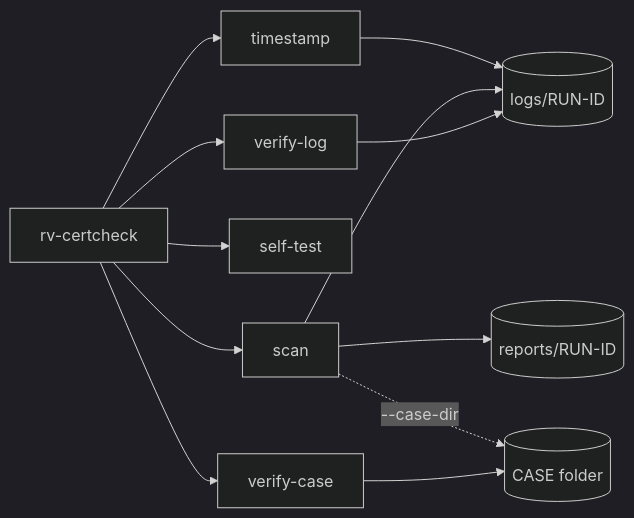
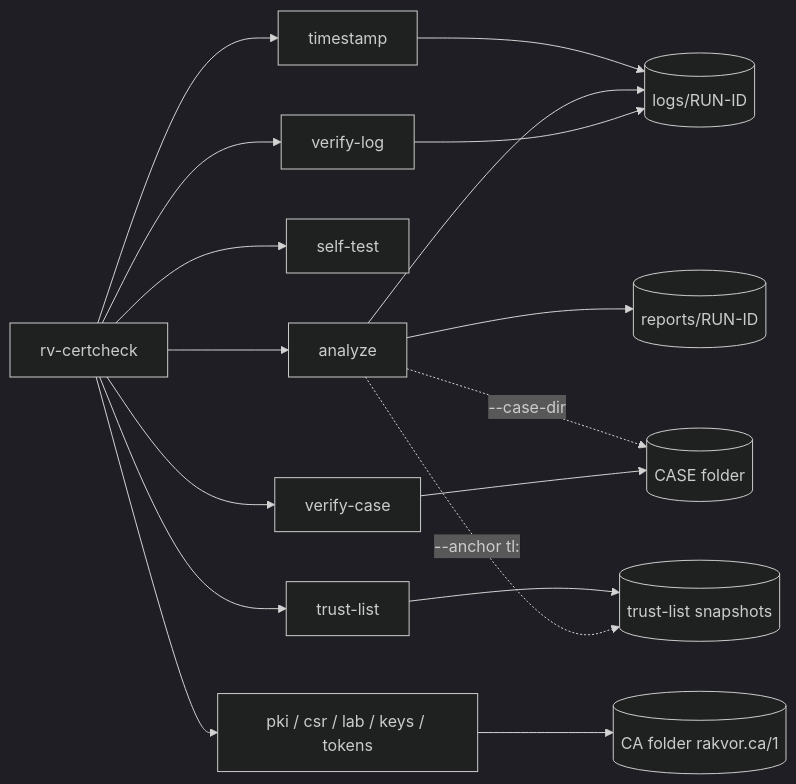
The diagram in docs/usage-cli.md (Panacota96/rv-certcheck), drawn with Mermaid (dark theme) before and after one commit. The commit also changed other lines of this file and 115 other files, not shown here.

````diff
--- a/docs/usage-cli.md
+++ b/docs/usage-cli.md
@@ -5,14 +5,19 @@
 ```mermaid
 flowchart LR
-  A[rv-certcheck] --> B[scan]
+  A[rv-certcheck] --> B[analyze]
   A --> C[verify-log]
   A --> D[self-test]
   A --> T[timestamp]
   A --> V[verify-case]
+  A --> P[pki / csr / lab / keys / tokens]
+  A --> L[trust-list]
   T --> E
   B --> E[(logs/RUN-ID)]
   B --> F[(reports/RUN-ID)]
   B -. --case-dir .-> K[(CASE folder)]
+  P --> CA[(CA folder rakvor.ca/1)]
+  L --> S[(trust-list snapshots)]
+  B -. --anchor tl: .-> S
   V --> K
   C --> E
 ```
````
